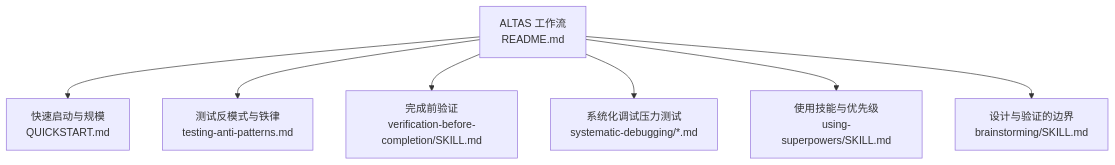
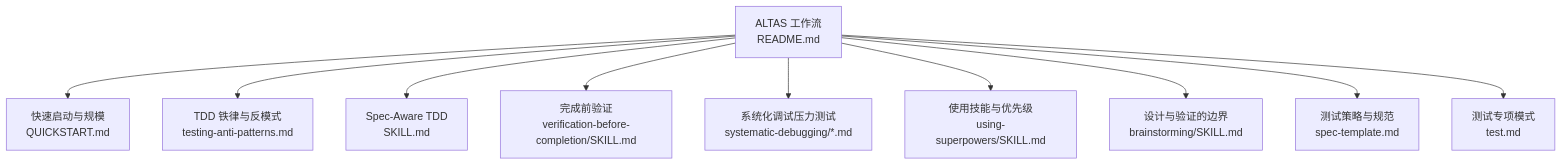
Before and after one commit to AngelWings1997/altas: the first of 8 diagrams in .qoder/repowiki/zh/content/超级能力模块/TDD 铁律.md, drawn with Mermaid. The commit also changed other lines of this file and 22 other files, not shown here.

````diff
--- a/.qoder/repowiki/zh/content/超级能力模块/TDD 铁律.md
+++ b/.qoder/repowiki/zh/content/超级能力模块/TDD 铁律.md
@@ -34,9 +46,12 @@
 ```mermaid
 graph TB
 A["ALTAS 工作流<br/>README.md"] --> B["快速启动与规模<br/>QUICKSTART.md"]
-A --> C["测试反模式与铁律<br/>testing-anti-patterns.md"]
-A --> D["完成前验证<br/>verification-before-completion/SKILL.md"]
-A --> E["系统化调试压力测试<br/>systematic-debugging/*.md"]
-A --> F["使用技能与优先级<br/>using-superpowers/SKILL.md"]
-A --> G["设计与验证的边界<br/>brainstorming/SKILL.md"]
+A --> C["TDD 铁律与反模式<br/>testing-anti-patterns.md"]
+A --> D["Spec-Aware TDD<br/>SKILL.md"]
+A --> E["完成前验证<br/>verification-before-completion/SKILL.md"]
+A --> F["系统化调试压力测试<br/>systematic-debugging/*.md"]
+A --> G["使用技能与优先级<br/>using-superpowers/SKILL.md"]
+A --> H["设计与验证的边界<br/>brainstorming/SKILL.md"]
+A --> I["测试策略与规范<br/>spec-template.md"]
+A --> J["测试专项模式<br/>test.md"]
 ```
````
